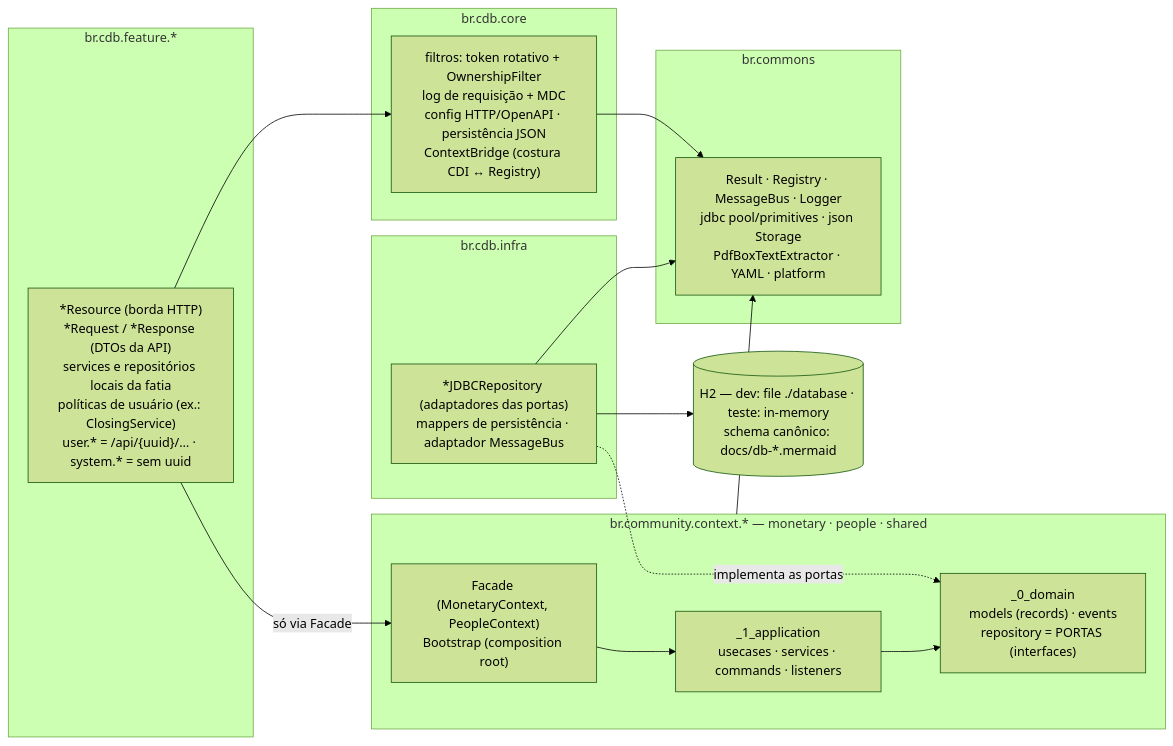
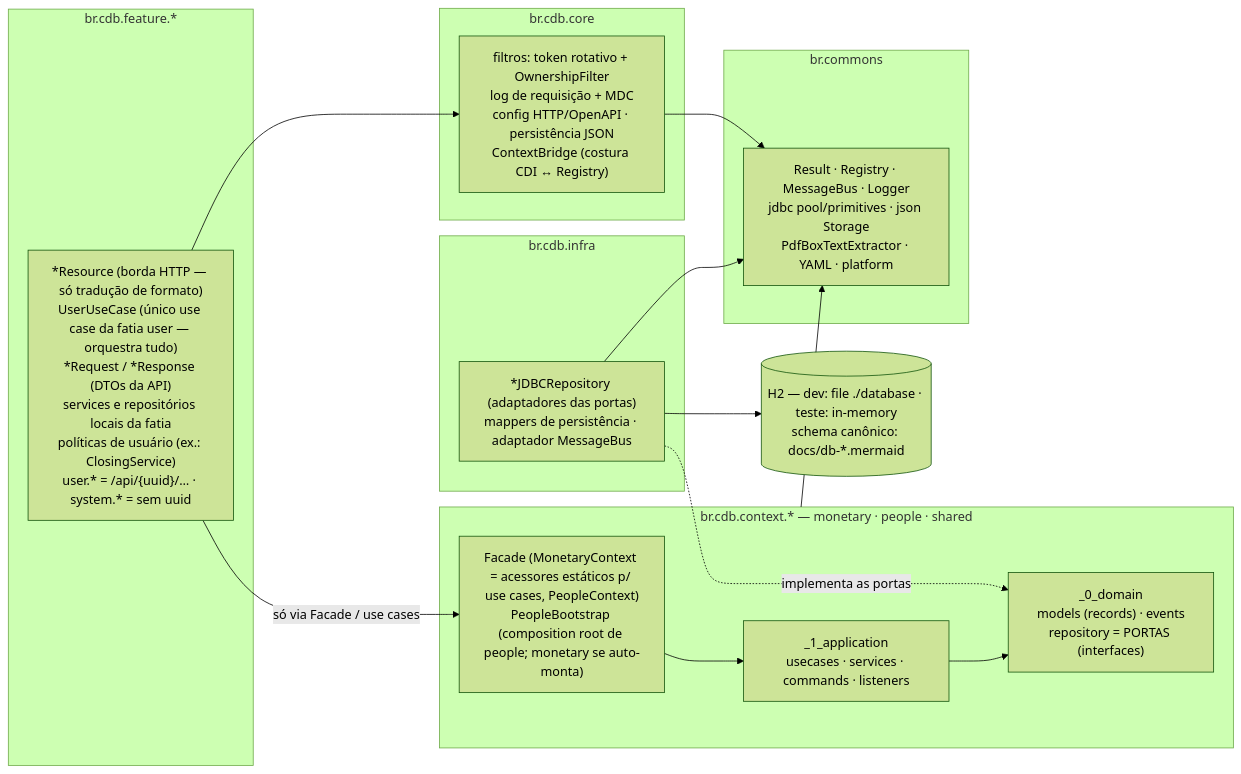
Before and after one commit to bkaraujo/cdb-judas: the diagram in docs/architecture-backend.mermaid, drawn with Mermaid (forest theme). The commit also changed 50 other files, not shown here.

First line of the commit message:
refactor(monetary): consolidate use case responsibilities and simplify architecture

```diff
--- a/docs/architecture-backend.mermaid
+++ b/docs/architecture-backend.mermaid
@@ -1,39 +1,39 @@
 flowchart LR
 %% CDB Finance — Backend: diagrama de pacotes (placement de classes).
 %% Cada caixa diz o que MORA no pacote; setas = dependências permitidas.
-%% ArchUnit proíbe: feature→contexto fora da Facade; Resource→Repository;
+%% ArchUnit proíbe: feature→contexto fora da Facade/use cases; Resource→Repository;
 %% contexto→framework; _1_application→infra; core→feature.
 
     subgraph feature["br.cdb.feature.*"]
-        FEAT["*Resource (borda HTTP)<br>*Request / *Response (DTOs da API)<br>services e repositórios locais da fatia<br>políticas de usuário (ex.: ClosingService)<br>user.* = /api/{uuid}/… · system.* = sem uuid"]
+        FEAT["*Resource (borda HTTP — só tradução de formato)<br>UserUseCase (único use case da fatia user — orquestra tudo)<br>*Request / *Response (DTOs da API)<br>services e repositórios locais da fatia<br>políticas de usuário (ex.: ClosingService)<br>user.* = /api/{uuid}/… · system.* = sem uuid"]
     end
 
     subgraph core["br.cdb.core"]
         CORE["filtros: token rotativo + OwnershipFilter<br>log de requisição + MDC<br>config HTTP/OpenAPI · persistência JSON<br>ContextBridge (costura CDI ↔ Registry)"]
     end
 
-    subgraph context["br.community.context.*  — monetary · people · shared"]
-        FAC["Facade (MonetaryContext, PeopleContext)<br>Bootstrap (composition root)"]
+    subgraph context["br.cdb.context.*  — monetary · people · shared"]
+        FAC["Facade (MonetaryContext = acessores estáticos p/ use cases, PeopleContext)<br>PeopleBootstrap (composition root de people; monetary se auto-monta)"]
         APP["_1_application<br>usecases · services · commands · listeners"]
         DOM["_0_domain<br>models (records) · events<br>repository = PORTAS (interfaces)"]
     end
 
     subgraph infra["br.cdb.infra"]
         INF["*JDBCRepository (adaptadores das portas)<br>mappers de persistência · adaptador MessageBus"]
     end
 
     subgraph commons["br.commons"]
         COM["Result · Registry · MessageBus · Logger<br>jdbc pool/primitives · json Storage<br>PdfBoxTextExtractor · YAML · platform"]
     end
 
     DB[("H2 — dev: file ./database · teste: in-memory<br>schema canônico: docs/db-*.mermaid")]
 
-    FEAT -->|"só via Facade"| FAC
+    FEAT -->|"só via Facade / use cases"| FAC
     FEAT --> CORE
     FAC --> APP
     APP --> DOM
     INF -.->|"implementa as portas"| DOM
     INF --> DB
     context --> COM
     INF --> COM
     CORE --> COM
```
